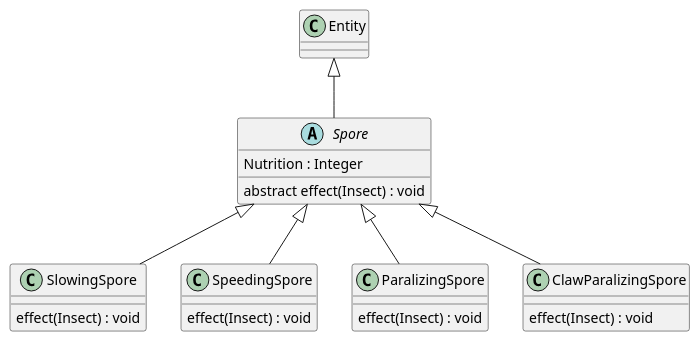
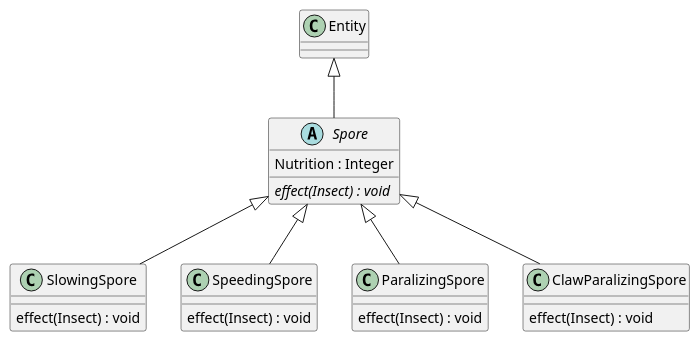
One commit to Petya-G/fungorium changed the diagram in 3/classes/spore.puml. Above: the diagram before and after it, drawn with PlantUML.

Commit message:
made efffect function abstract

```diff
--- a/3/classes/spore.puml
+++ b/3/classes/spore.puml
@@ -1,33 +1,33 @@
 @startuml spore
 
 Entity <|-- Spore
 
 abstract class Spore{
     Nutrition : Integer
-    abstract effect(Insect) : void
+    {abstract} effect(Insect) : void
 }
 
 Spore <|--SlowingSpore
 class SlowingSpore{
     effect(Insect) : void
 
 }
 
 Spore <|--SpeedingSpore
 class SpeedingSpore{
     effect(Insect) : void
 
 }
 
 Spore <|--ParalizingSpore
 class ParalizingSpore{
     effect(Insect) : void
 
 }
 
 Spore <|--ClawParalizingSpore
 class ClawParalizingSpore{
     effect(Insect) : void
 
 }
 @enduml	
```
